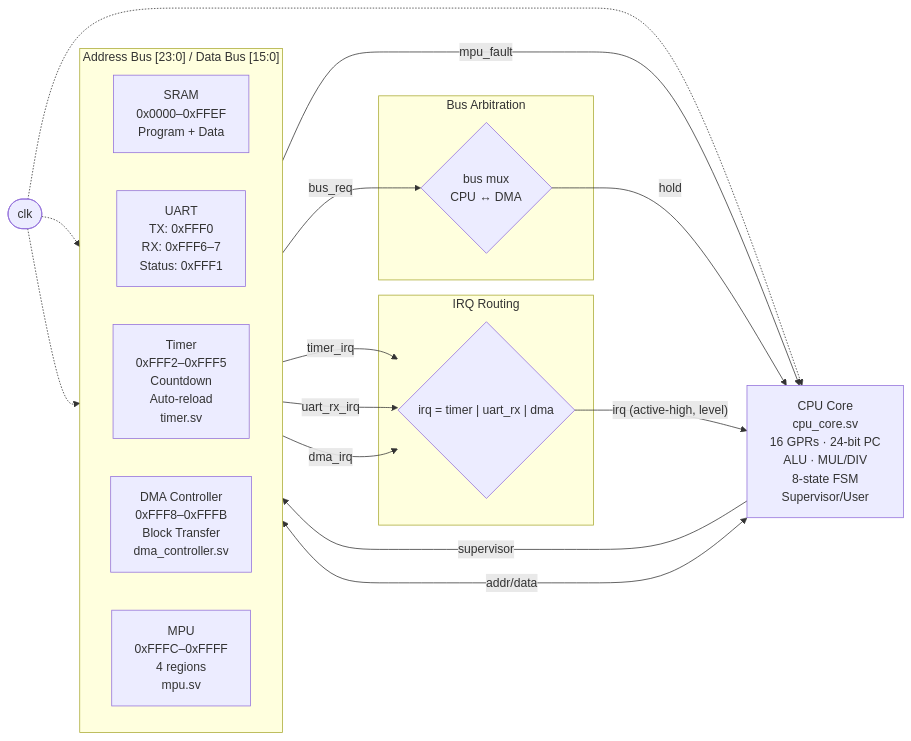
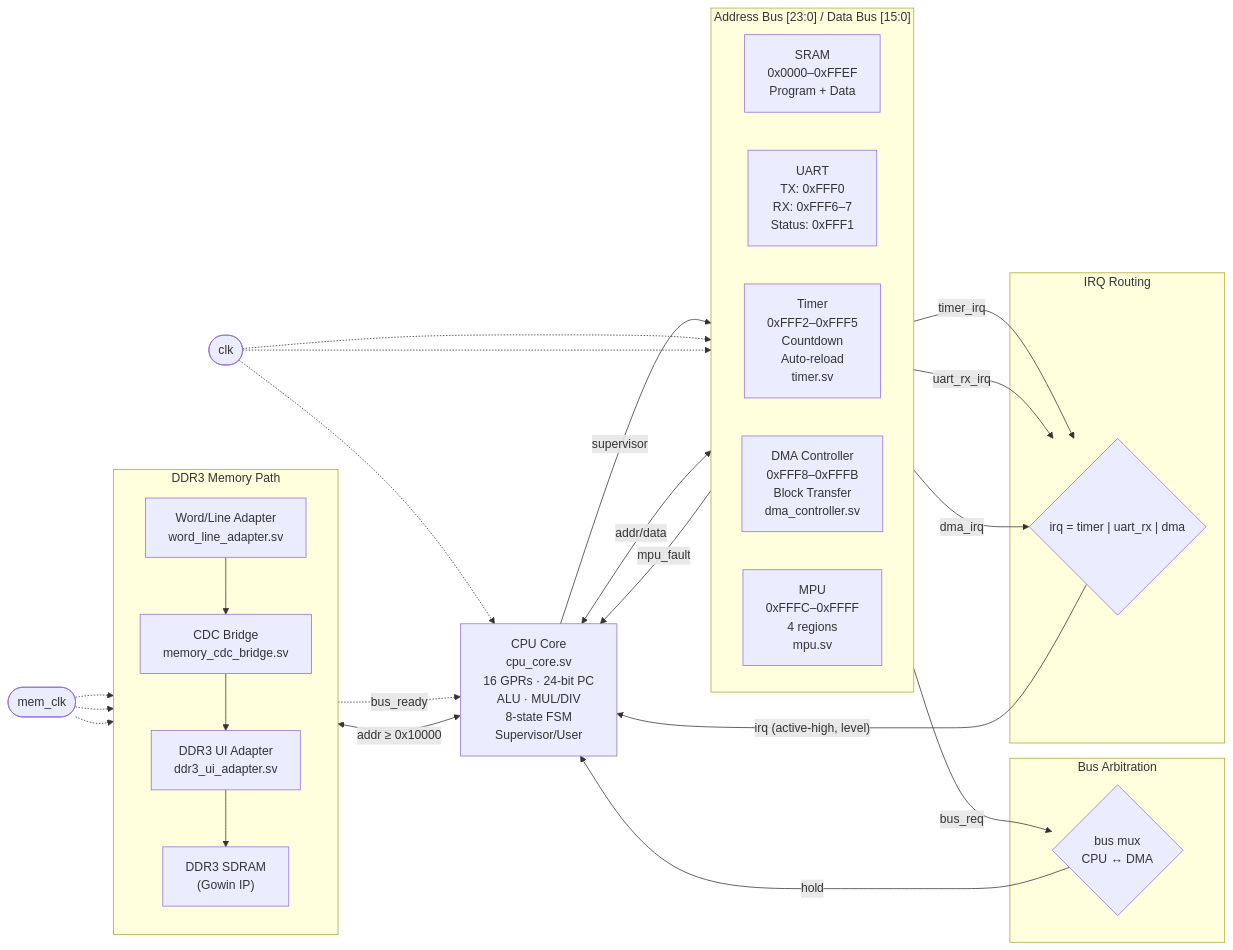
One commit to ellisgl/U1624 changed the third of 3 diagrams in README.md. Above: the diagram before and after it, drawn with Mermaid. The commit also changed other lines of this file, not shown here.

First line of the commit message:
Update README with DDR3 memory path docs and IRET fix

````diff
--- a/README.md
+++ b/README.md
@@ -499,35 +534,50 @@
 ```mermaid
 graph LR
     subgraph bus["Address Bus [23:0] / Data Bus [15:0]"]
         direction LR
         SRAM["SRAM\n0x0000–0xFFEF\nProgram + Data"]
         UART["UART\nTX: 0xFFF0\nRX: 0xFFF6–7\nStatus: 0xFFF1"]
         TIMER["Timer\n0xFFF2–0xFFF5\nCountdown\nAuto-reload\ntimer.sv"]
         DMA["DMA Controller\n0xFFF8–0xFFFB\nBlock Transfer\ndma_controller.sv"]
         MPU["MPU\n0xFFFC–0xFFFF\n4 regions\nmpu.sv"]
     end
 
     CPU["CPU Core\ncpu_core.sv\n16 GPRs · 24-bit PC\nALU · MUL/DIV\n8-state FSM\nSupervisor/User"] <-->|"addr/data"| bus
     CPU -->|"supervisor"| MPU
     MPU -->|"mpu_fault"| CPU
 
     subgraph arb["Bus Arbitration"]
         MUX{"bus mux\nCPU ↔ DMA"}
     end
 
     DMA -->|"bus_req"| MUX
     MUX -->|"hold"| CPU
 
+    subgraph ddr3_path["DDR3 Memory Path"]
+        direction TB
+        WLA["Word/Line Adapter\nword_line_adapter.sv"]
+        CDC["CDC Bridge\nmemory_cdc_bridge.sv"]
+        DUI["DDR3 UI Adapter\nddr3_ui_adapter.sv"]
+        DDR3["DDR3 SDRAM\n(Gowin IP)"]
+        WLA --> CDC --> DUI --> DDR3
+    end
+
+    CPU <-->|"addr ≥ 0x10000"| WLA
+    DUI -.->|"bus_ready"| CPU
+
     subgraph irq_block["IRQ Routing"]
         IRQ_OR{"irq = timer | uart_rx | dma"}
     end
 
     TIMER -->|"timer_irq"| IRQ_OR
     UART -->|"uart_rx_irq"| IRQ_OR
     DMA -->|"dma_irq"| IRQ_OR
     IRQ_OR -->|"irq (active-high, level)"| CPU
 
     CLK(["clk"]) -.-> CPU
     CLK -.-> TIMER
     CLK -.-> DMA
+    MCLK(["mem_clk"]) -.-> CDC
+    MCLK -.-> DUI
+    MCLK -.-> DDR3
 ```
````
